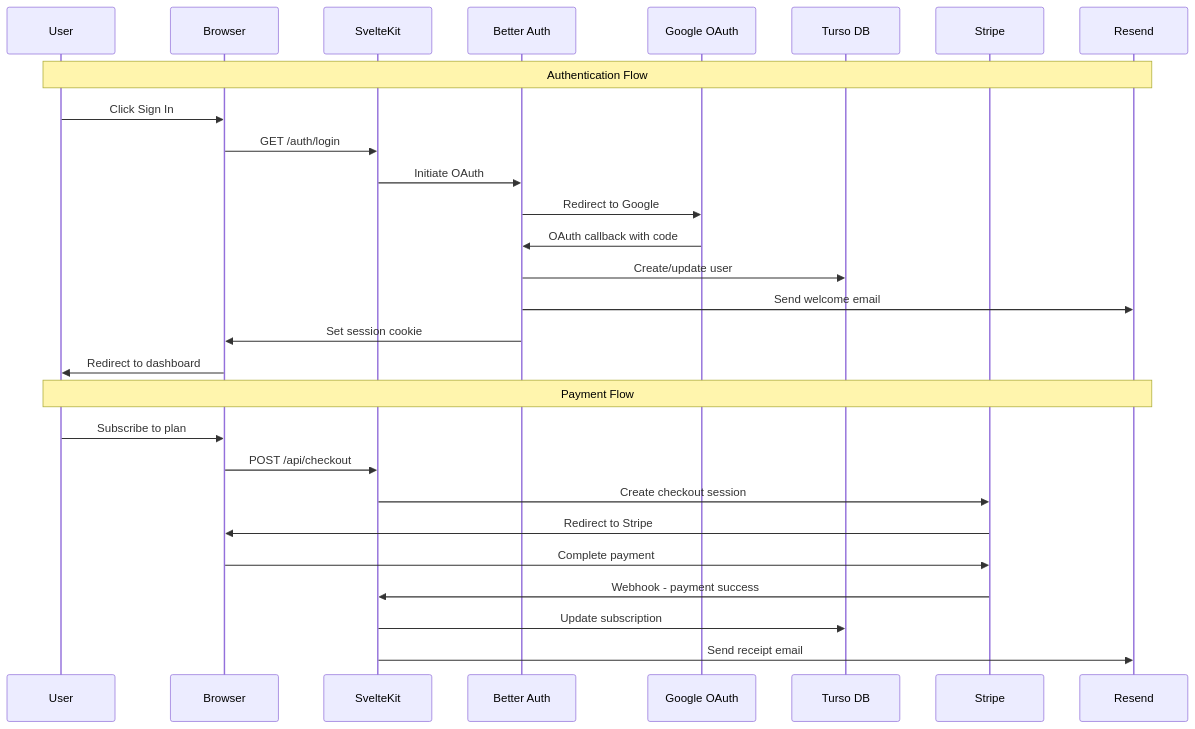
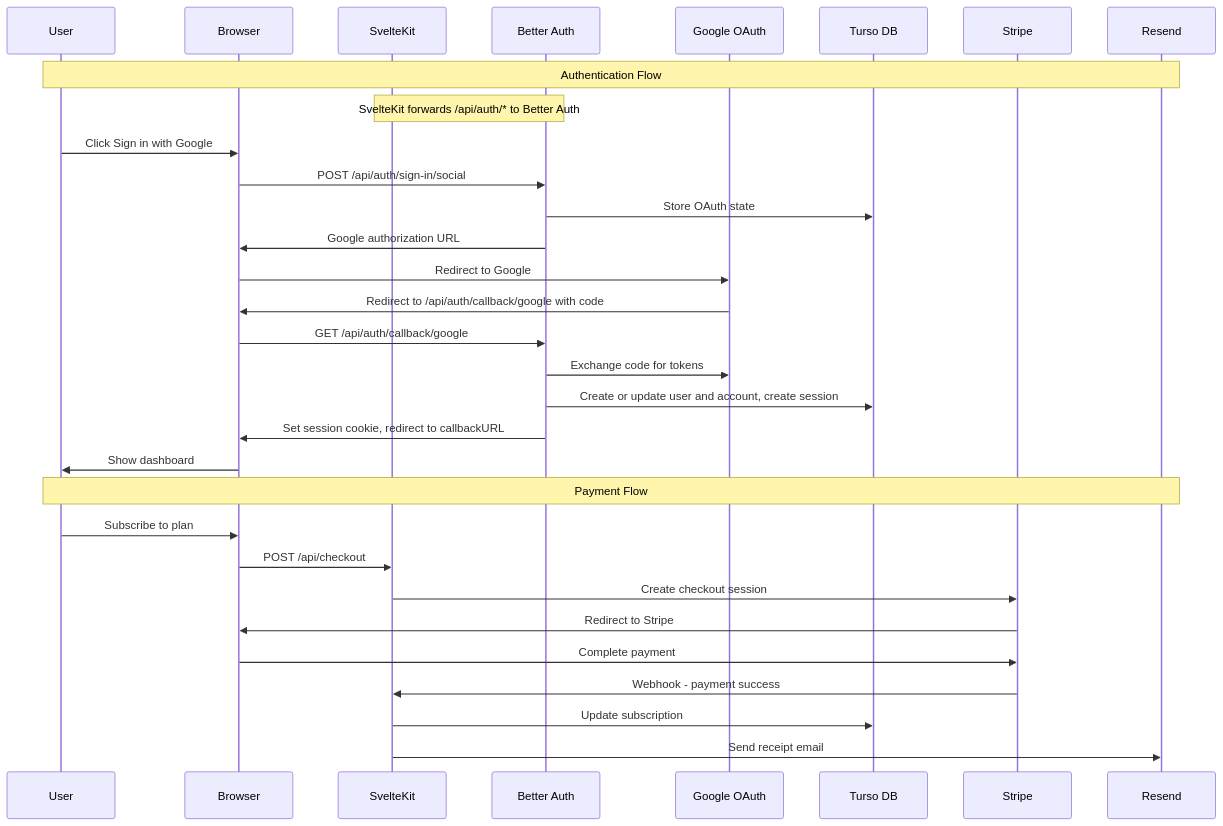
One commit to jabarihunt/jabstack changed the second of 3 diagrams in plans/jabstack-architecture.md. Above: the diagram before and after it, drawn with Mermaid. The commit also changed other lines of this file and 7 other files, not shown here.

````diff
--- a/plans/jabstack-architecture.md
+++ b/plans/jabstack-architecture.md
@@ -138,32 +135,35 @@
 ```mermaid
 sequenceDiagram
     participant U as User
     participant B as Browser
     participant S as SvelteKit
     participant A as Better Auth
     participant G as Google OAuth
     participant D as Turso DB
     participant St as Stripe
     participant E as Resend
 
     Note over U,E: Authentication Flow
-    U->>B: Click Sign In
-    B->>S: GET /auth/login
-    S->>A: Initiate OAuth
-    A->>G: Redirect to Google
-    G->>A: OAuth callback with code
-    A->>D: Create/update user
-    A->>E: Send welcome email
-    A->>B: Set session cookie
-    B->>U: Redirect to dashboard
+    Note over S,A: SvelteKit forwards /api/auth/* to Better Auth
+    U->>B: Click Sign in with Google
+    B->>A: POST /api/auth/sign-in/social
+    A->>D: Store OAuth state
+    A->>B: Google authorization URL
+    B->>G: Redirect to Google
+    G->>B: Redirect to /api/auth/callback/google with code
+    B->>A: GET /api/auth/callback/google
+    A->>G: Exchange code for tokens
+    A->>D: Create or update user and account, create session
+    A->>B: Set session cookie, redirect to callbackURL
+    B->>U: Show dashboard
 
     Note over U,E: Payment Flow
     U->>B: Subscribe to plan
     B->>S: POST /api/checkout
     S->>St: Create checkout session
     St->>B: Redirect to Stripe
     B->>St: Complete payment
     St->>S: Webhook - payment success
     S->>D: Update subscription
     S->>E: Send receipt email
 ```
````
